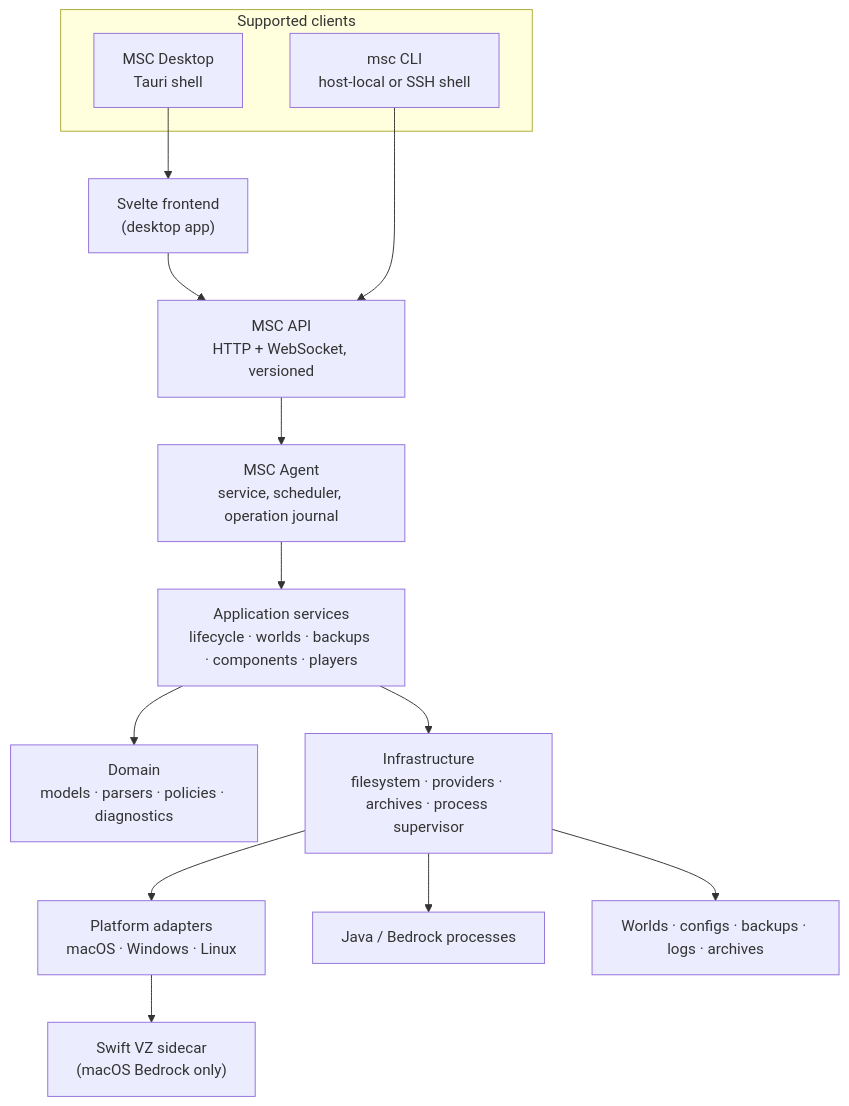
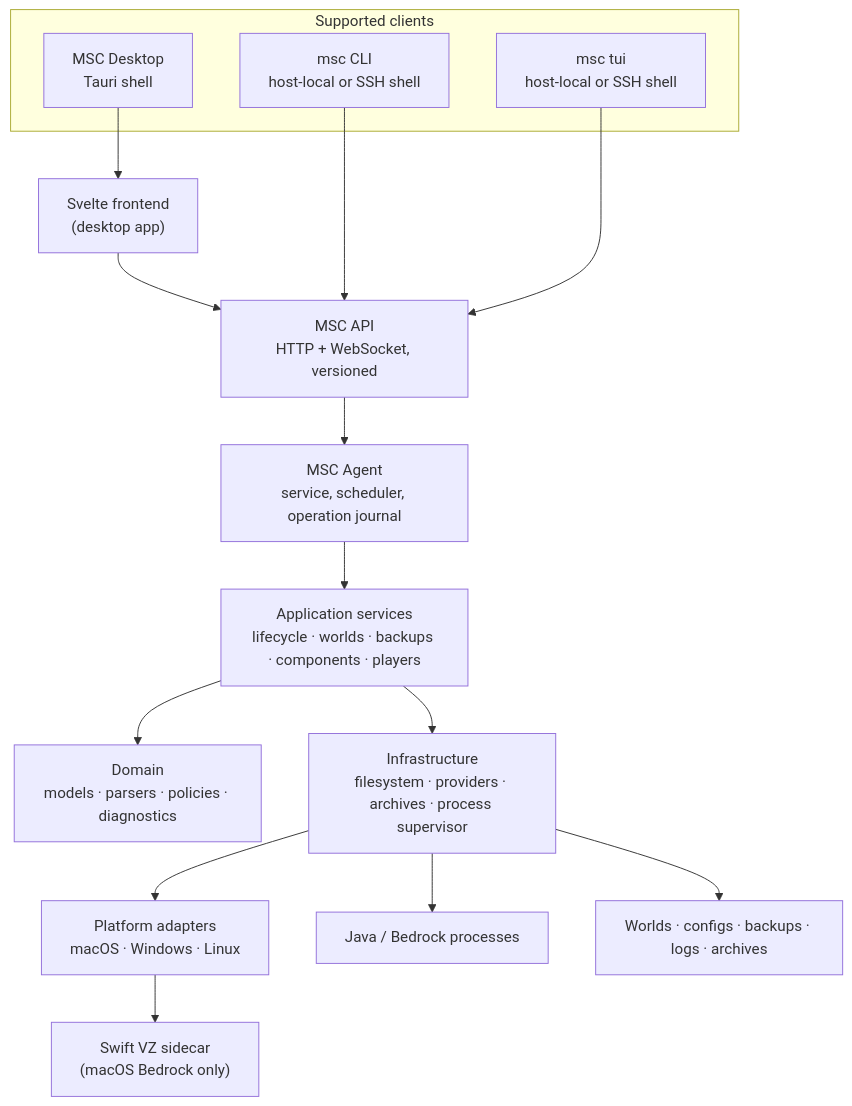
Before and after one commit to ctemple9/msc2: the diagram in docs/msc2/msc2-engineering.md, drawn with Mermaid. The commit also changed other lines of this file and 7 other files, not shown here.

````diff
--- a/docs/msc2/msc2-engineering.md
+++ b/docs/msc2/msc2-engineering.md
@@ -42,23 +42,25 @@
 ```mermaid
 flowchart TB
     subgraph clients["Supported clients"]
         Desktop["MSC Desktop<br/>Tauri shell"]
         CLI["msc CLI<br/>host-local or SSH shell"]
+        TUI["msc tui<br/>host-local or SSH shell"]
     end
 
     Svelte["Svelte frontend<br/>(desktop app)"]
 
     Desktop --> Svelte
     Svelte --> API
     CLI --> API
+    TUI --> API
 
     API["MSC API<br/>HTTP + WebSocket, versioned"]
     API --> Agent["MSC Agent<br/>service, scheduler, operation journal"]
     Agent --> App["Application services<br/>lifecycle · worlds · backups · components · players"]
     App --> Domain["Domain<br/>models · parsers · policies · diagnostics"]
     App --> Infra["Infrastructure<br/>filesystem · providers · archives · process supervisor"]
     Infra --> Platform["Platform adapters<br/>macOS · Windows · Linux"]
     Platform --> Sidecar["Swift VZ sidecar<br/>(macOS Bedrock only)"]
     Infra --> Procs["Java / Bedrock processes"]
     Infra --> Store["Worlds · configs · backups · logs · archives"]
 ```
````
